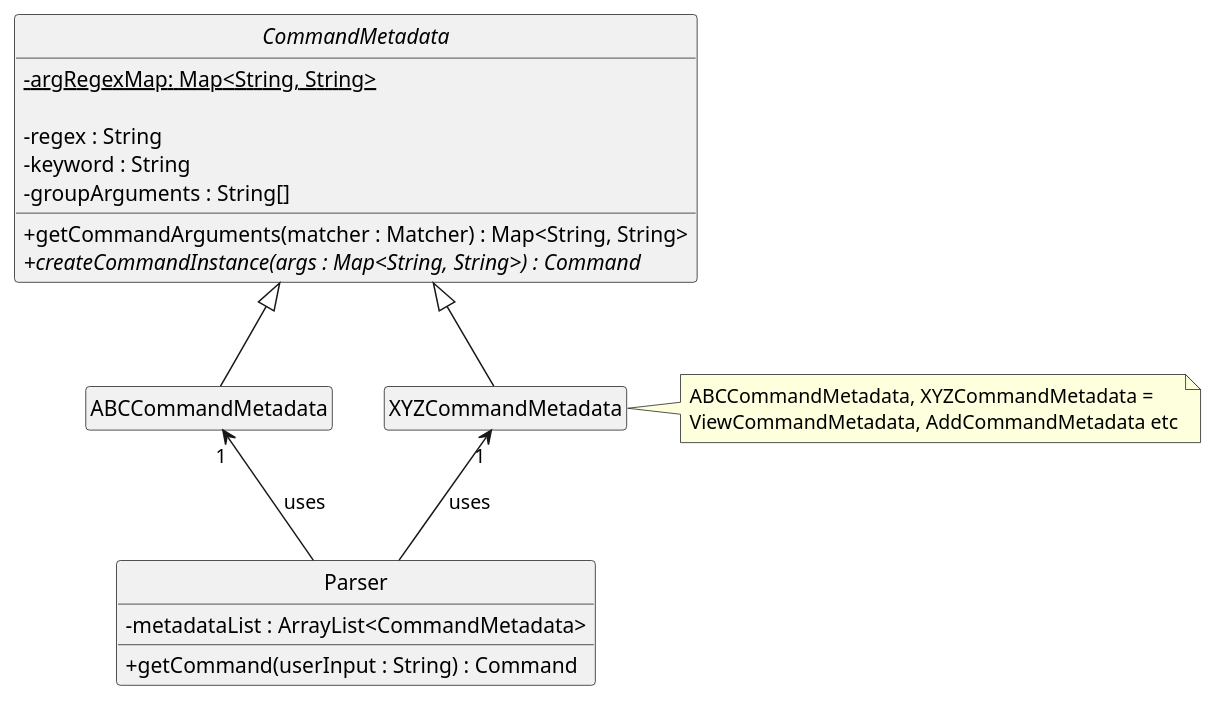
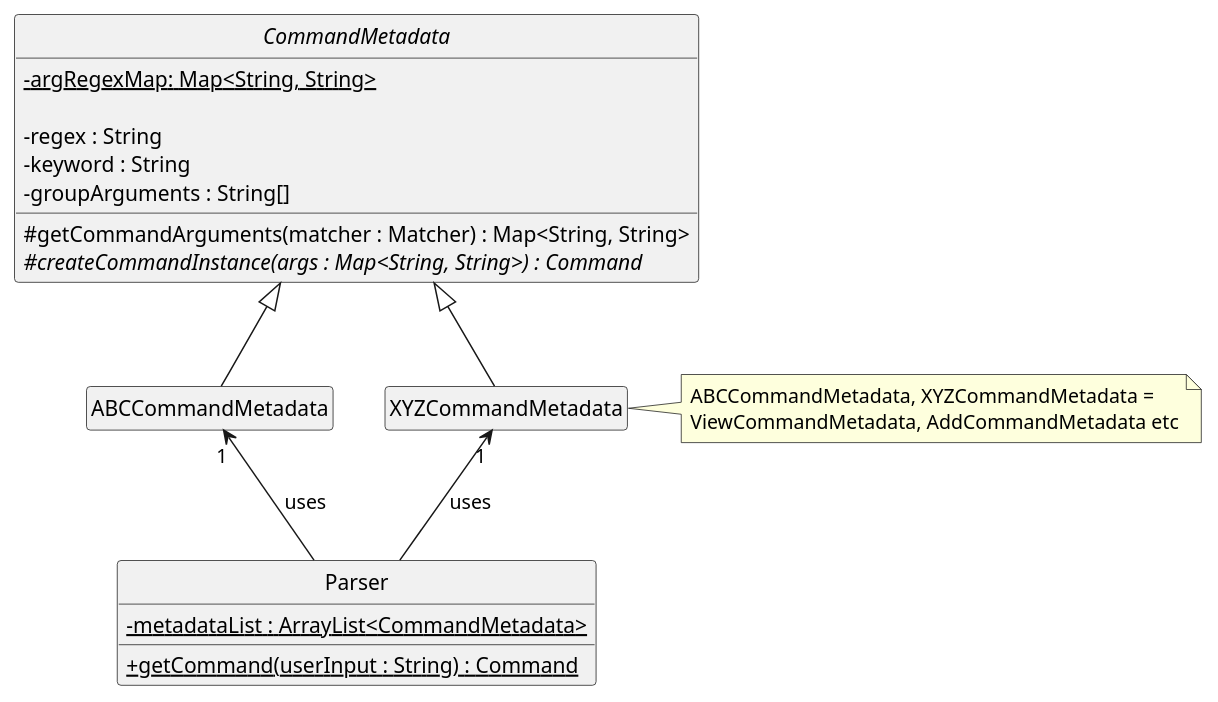
One commit to fungg0/tp changed the diagram in docs/diagrams/Parser.puml. Above: the diagram before and after it, drawn with PlantUML. The commit also changed 4 other files, not shown here.

Commit message:
Update parser DG and diagrams

```diff
--- a/docs/diagrams/Parser.puml
+++ b/docs/diagrams/Parser.puml
@@ -1,34 +1,34 @@
 @startuml
 
 skinparam classAttributeIconSize 0
 hide empty members
 hide circle
 
 class Parser {
-    - metadataList : ArrayList<CommandMetadata>
-    + getCommand(userInput : String) : Command
+    - {static} metadataList : ArrayList<CommandMetadata>
+    + {static} getCommand(userInput : String) : Command
 }
 
 abstract class CommandMetadata {
     - {static} argRegexMap: Map<String, String>
 
     - regex : String
     - keyword : String
     - groupArguments : String[]
 
-    + getCommandArguments(matcher : Matcher) : Map<String, String>
-    + {abstract} createCommandInstance(args : Map<String, String>) : Command
+    # getCommandArguments(matcher : Matcher) : Map<String, String>
+    # {abstract} createCommandInstance(args : Map<String, String>) : Command
 }
 
 class ABCCommandMetadata extends CommandMetadata {}
 class XYZCommandMetadata extends CommandMetadata {}
 
 note right of XYZCommandMetadata
   ABCCommandMetadata, XYZCommandMetadata =
   ViewCommandMetadata, AddCommandMetadata etc
 end note
 
 Parser -up-> "1" XYZCommandMetadata : uses
 Parser -up-> "1" ABCCommandMetadata : uses
 
 @enduml
```
